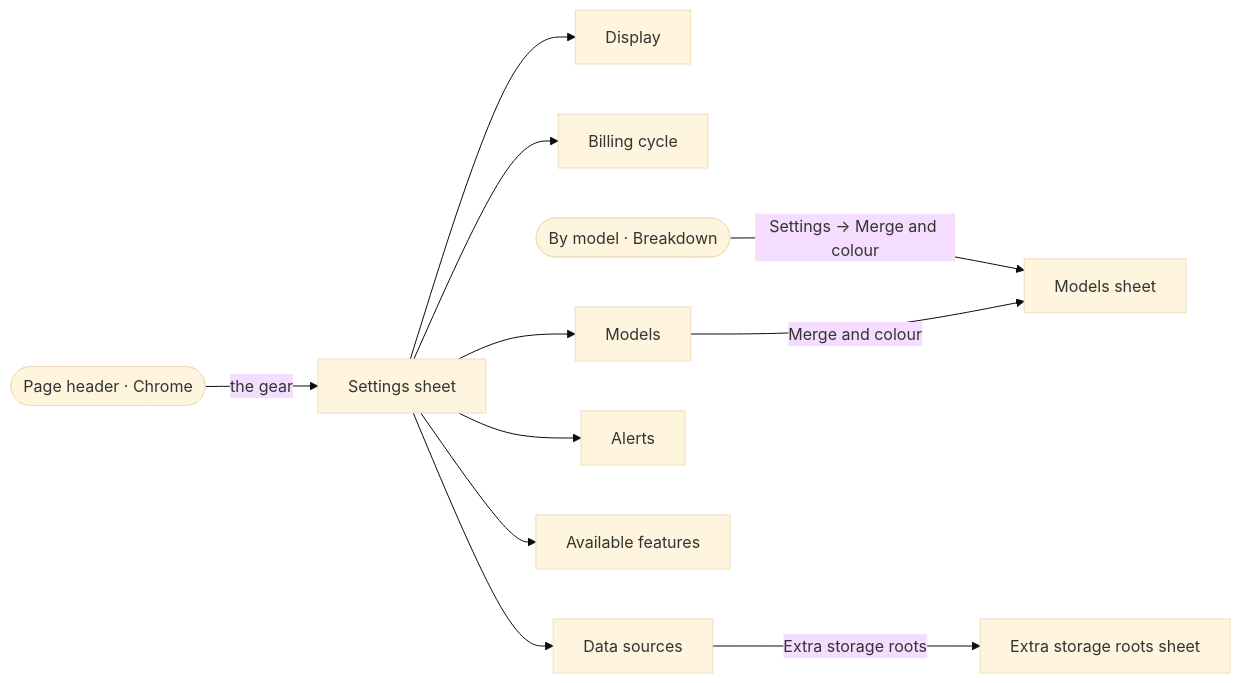
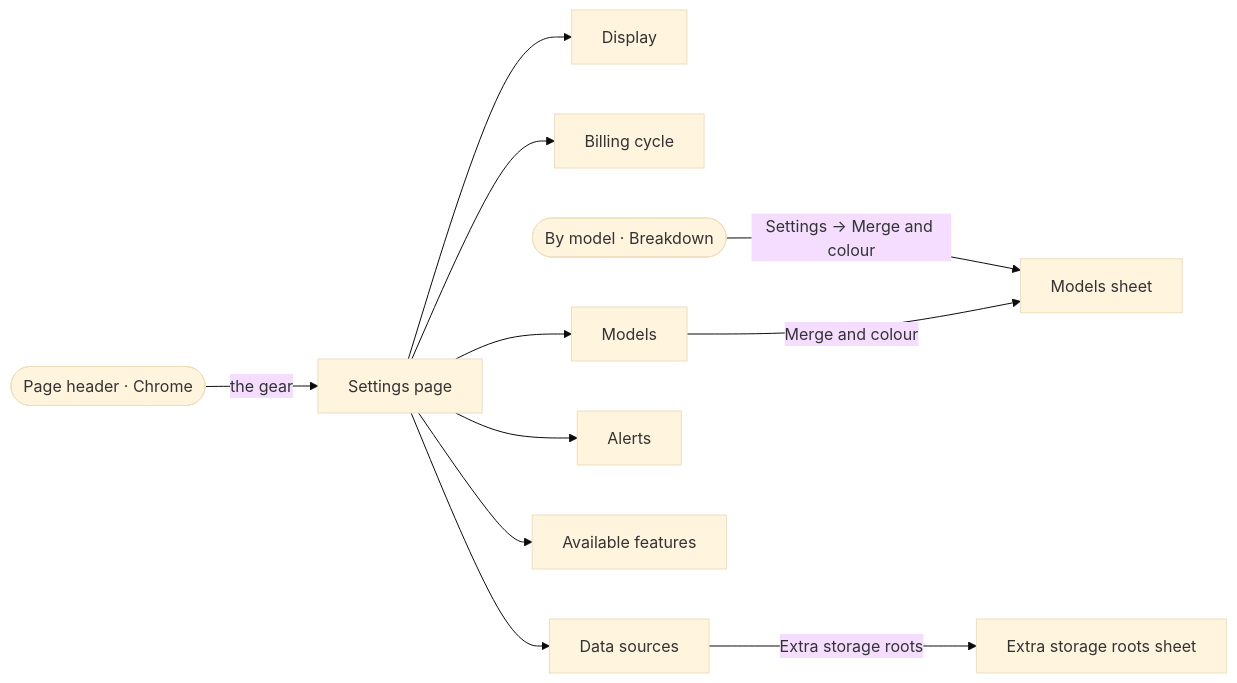
The seventh of 7 diagrams in docs/ux-surface-map.md (ferraroroberto/github-copilot-usage), drawn with Mermaid (base theme) before and after one commit. The commit also changed other lines of this file and 10 other files, not shown here.

````diff
--- a/docs/ux-surface-map.md
+++ b/docs/ux-surface-map.md
@@ -725,24 +725,24 @@
 ```mermaid
 flowchart LR
-  s38["Settings sheet"]
+  s38["Settings page"]
   s39["Display"]
   s40["Billing cycle"]
   s41["Models"]
   s42["Data sources"]
   s43["Alerts"]
   s44["Available features"]
   s45["Extra storage roots sheet"]
   s46["Models sheet"]
   s0(["Page header · Chrome"])
   s20(["By model · Breakdown"])
   s0 -->|"the gear"| s38
   s20 -->|"Settings → Merge and colour"| s46
   s38 --> s39
   s38 --> s40
   s38 --> s41
   s38 --> s42
   s38 --> s43
   s38 --> s44
   s41 -->|"Merge and colour"| s46
   s42 -->|"Extra storage roots"| s45
 ```
````
